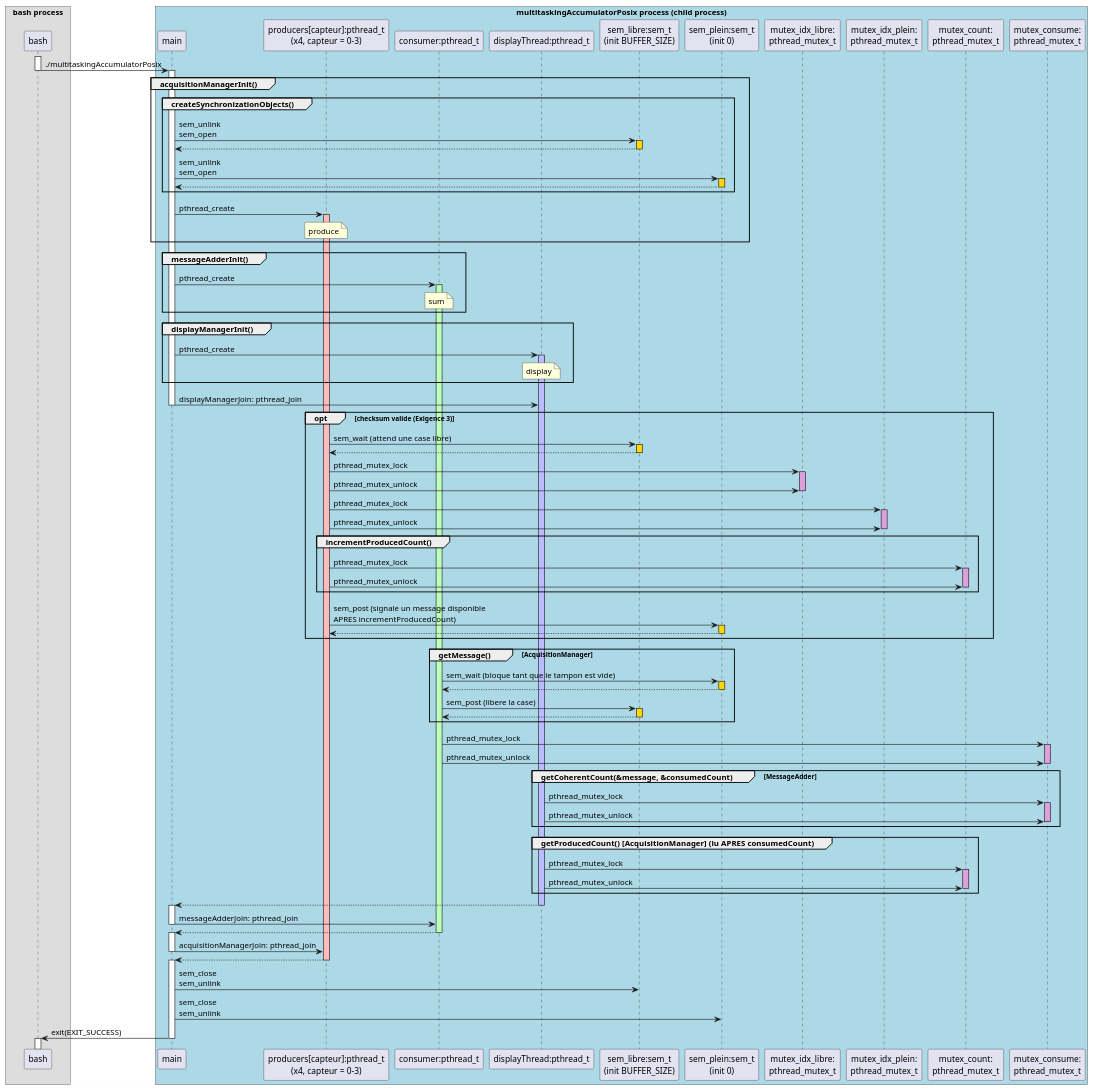
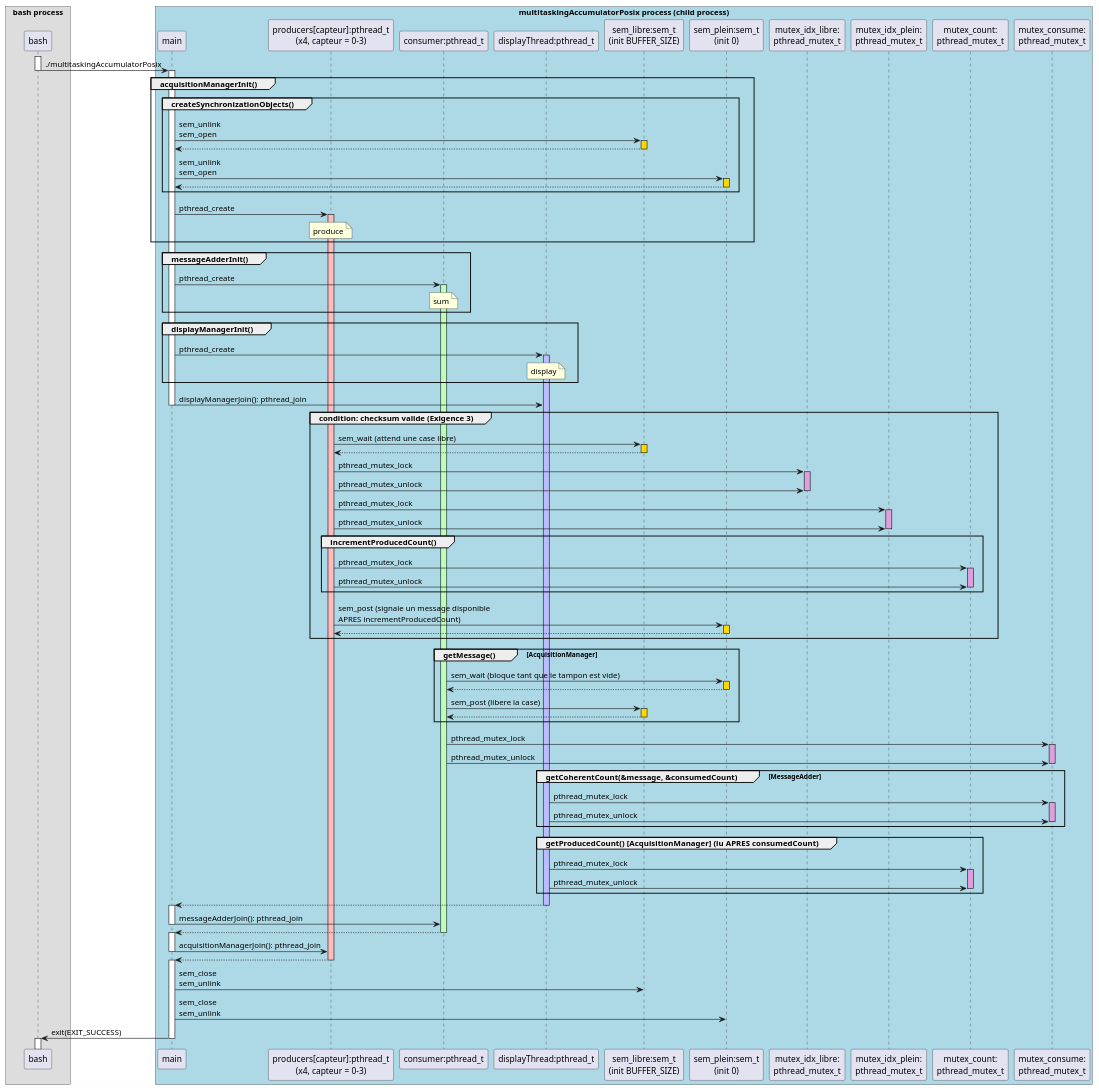
Before and after one commit to uItimatech/multitasking_training_practical_work: the diagram in exercice-1/diagrams/sequenceDiagram.puml, drawn with PlantUML.

Commit message:
fix(pumls): sequence diagram opt

```diff
--- a/exercice-1/diagrams/sequenceDiagram.puml
+++ b/exercice-1/diagrams/sequenceDiagram.puml
@@ -1,110 +1,110 @@
 @startuml
 !pragma teoz true
 box "bash process"
 participant bash
 end box
 
 box "multitaskingAccumulatorPosix process (child process)" #lightblue
 participant "main" as main
 participant "producers[capteur]:pthread_t\n(x4, capteur = 0-3)" as prod
 participant "consumer:pthread_t" as cons
 participant "displayThread:pthread_t" as disp
 participant "sem_libre:sem_t\n(init BUFFER_SIZE)" as semLibre
 participant "sem_plein:sem_t\n(init 0)" as semPlein
 participant "mutex_idx_libre:\npthread_mutex_t" as mLibre
 participant "mutex_idx_plein:\npthread_mutex_t" as mPlein
 participant "mutex_count:\npthread_mutex_t" as mCount
 participant "mutex_consume:\npthread_mutex_t" as mConsume
 end box
 
 activate bash
 bash -> main --++ : ./multitaskingAccumulatorPosix
 
 group acquisitionManagerInit()
 group createSynchronizationObjects()
 main -> semLibre : sem_unlink\nsem_open
 activate semLibre #gold
 return
 main -> semPlein : sem_unlink\nsem_open
 activate semPlein #gold
 return
 end
 main -> prod : pthread_create
 activate prod #FFBBBB
 note over prod : produce
 end
 group messageAdderInit()
 main -> cons : pthread_create
 activate cons #BBFFBB
 note over cons : sum
 end
 group displayManagerInit()
 main -> disp : pthread_create
 activate disp #BBBBFF
 note over disp : display
 end
-main -> disp : displayManagerJoin: pthread_join
+main -> disp : displayManagerJoin(): pthread_join
 deactivate main
 
-opt checksum valide (Exigence 3)
+group condition: checksum valide (Exigence 3)
 prod -> semLibre : sem_wait (attend une case libre)
 activate semLibre #gold
 return
 prod -> mLibre : pthread_mutex_lock
 activate mLibre #plum
 prod -> mLibre : pthread_mutex_unlock
 deactivate mLibre
 prod -> mPlein : pthread_mutex_lock
 activate mPlein #plum
 prod -> mPlein : pthread_mutex_unlock
 deactivate mPlein
 group incrementProducedCount()
 prod -> mCount : pthread_mutex_lock
 activate mCount #plum
 prod -> mCount : pthread_mutex_unlock
 deactivate mCount
 end
 prod -> semPlein : sem_post (signale un message disponible\nAPRES incrementProducedCount)
 activate semPlein #gold
 return
 end
 group getMessage()  [AcquisitionManager]
 cons -> semPlein : sem_wait (bloque tant que le tampon est vide)
 activate semPlein #gold
 return
 cons -> semLibre : sem_post (libere la case)
 activate semLibre #gold
 return
 end
 cons -> mConsume : pthread_mutex_lock
 activate mConsume #plum
 cons -> mConsume : pthread_mutex_unlock
 deactivate mConsume
 group getCoherentCount(&message, &consumedCount)  [MessageAdder]
 disp -> mConsume : pthread_mutex_lock
 activate mConsume #plum
 disp -> mConsume : pthread_mutex_unlock
 deactivate mConsume
 end
 group getProducedCount()  [AcquisitionManager] (lu APRES consumedCount)
 disp -> mCount : pthread_mutex_lock
 activate mCount #plum
 disp -> mCount : pthread_mutex_unlock
 deactivate mCount
 end
 
 disp --> main --++
 deactivate disp
-main -> cons : messageAdderJoin: pthread_join
+main -> cons : messageAdderJoin(): pthread_join
 deactivate main
 cons --> main --++
 deactivate cons
-main -> prod : acquisitionManagerJoin: pthread_join
+main -> prod : acquisitionManagerJoin(): pthread_join
 deactivate main
 prod --> main --++
 deactivate prod
 main -> semLibre : sem_close\nsem_unlink
 main -> semPlein : sem_close\nsem_unlink
 main -> bash --++ : exit(EXIT_SUCCESS)
 
 @enduml
```
